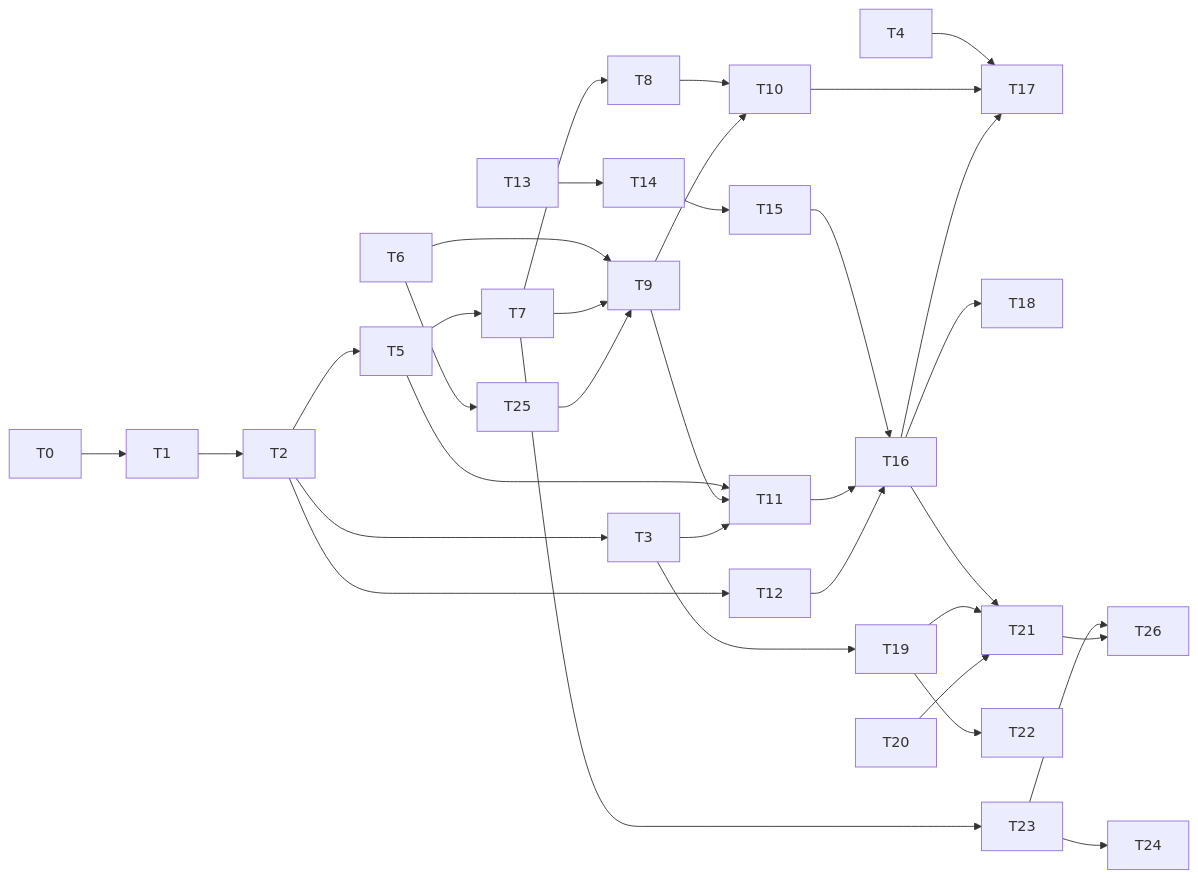
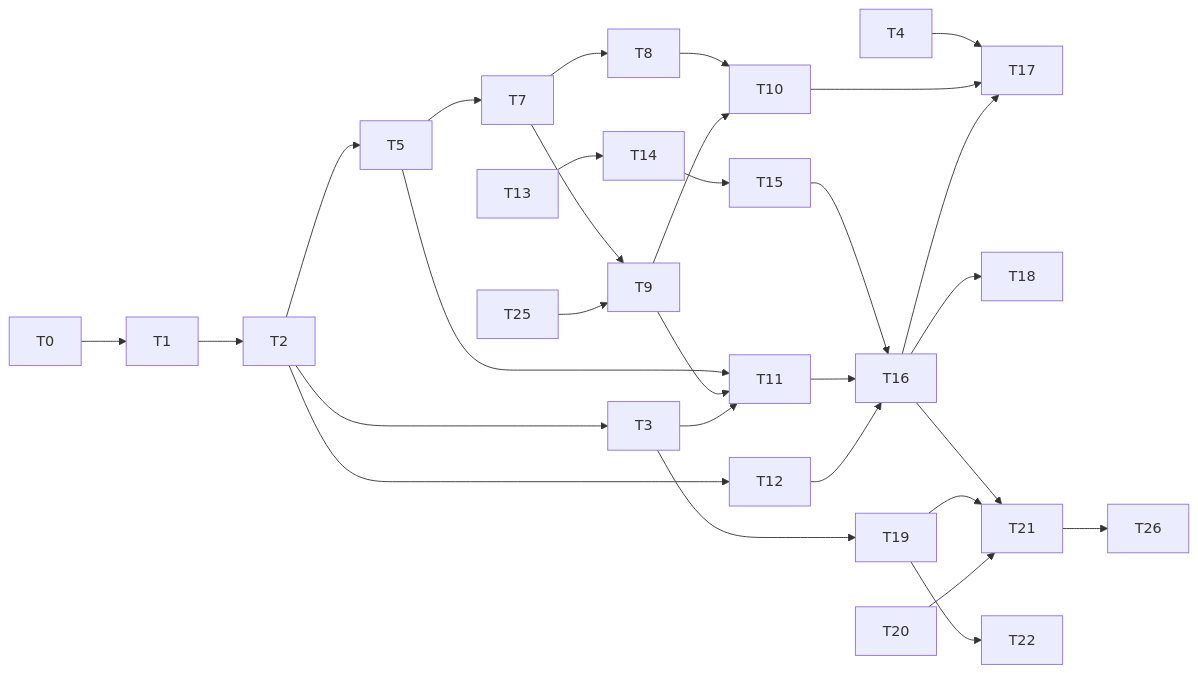
One commit to ewe-studios/ewe_platform changed the sixth of 6 diagrams in specifications/65-agent-rpc-serving-system/features/07-pluggable-agent-rpc/feature.md. Above: the diagram before and after it, drawn with Mermaid. The commit also changed other lines of this file and 9 other files, not shown here.

````diff
--- a/specifications/65-agent-rpc-serving-system/features/07-pluggable-agent-rpc/feature.md
+++ b/specifications/65-agent-rpc-serving-system/features/07-pluggable-agent-rpc/feature.md
@@ -514,32 +514,28 @@
 ```mermaid
 flowchart LR
     T0 --> T1 --> T2
     T2 --> T3
     T2 --> T5
     T5 --> T7 --> T8
-    T6 --> T9
     T7 --> T9
     T8 --> T10
     T9 --> T10
     T5 --> T11
     T9 --> T11
     T3 --> T11
     T2 --> T12
     T13 --> T14 --> T15 --> T16
     T11 --> T16
     T12 --> T16
     T4 --> T17
     T10 --> T17
     T16 --> T17
     T16 --> T18
     T3 --> T19
     T16 --> T21
     T19 --> T21
     T20 --> T21
     T19 --> T22
-    T7 --> T23 --> T24
-    T6 --> T25
     T25 --> T9
-    T23 --> T26
     T21 --> T26
 ```
````
